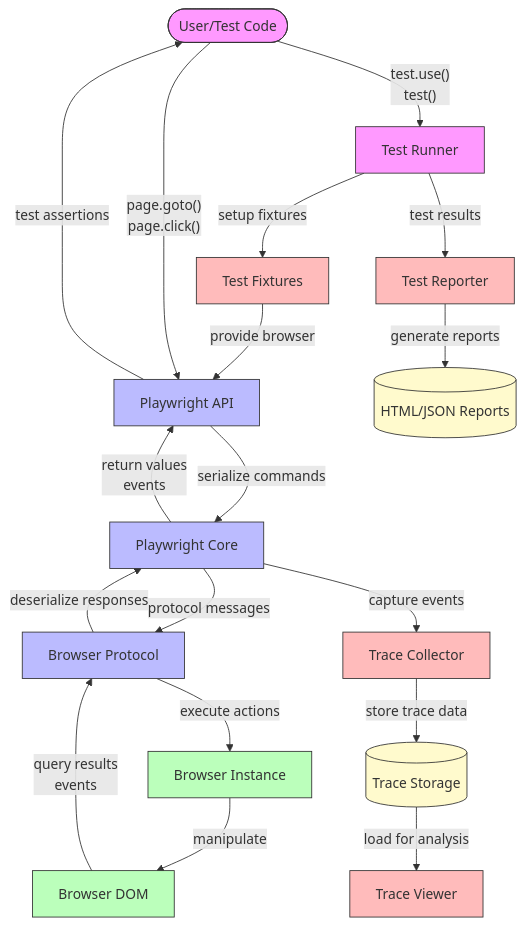
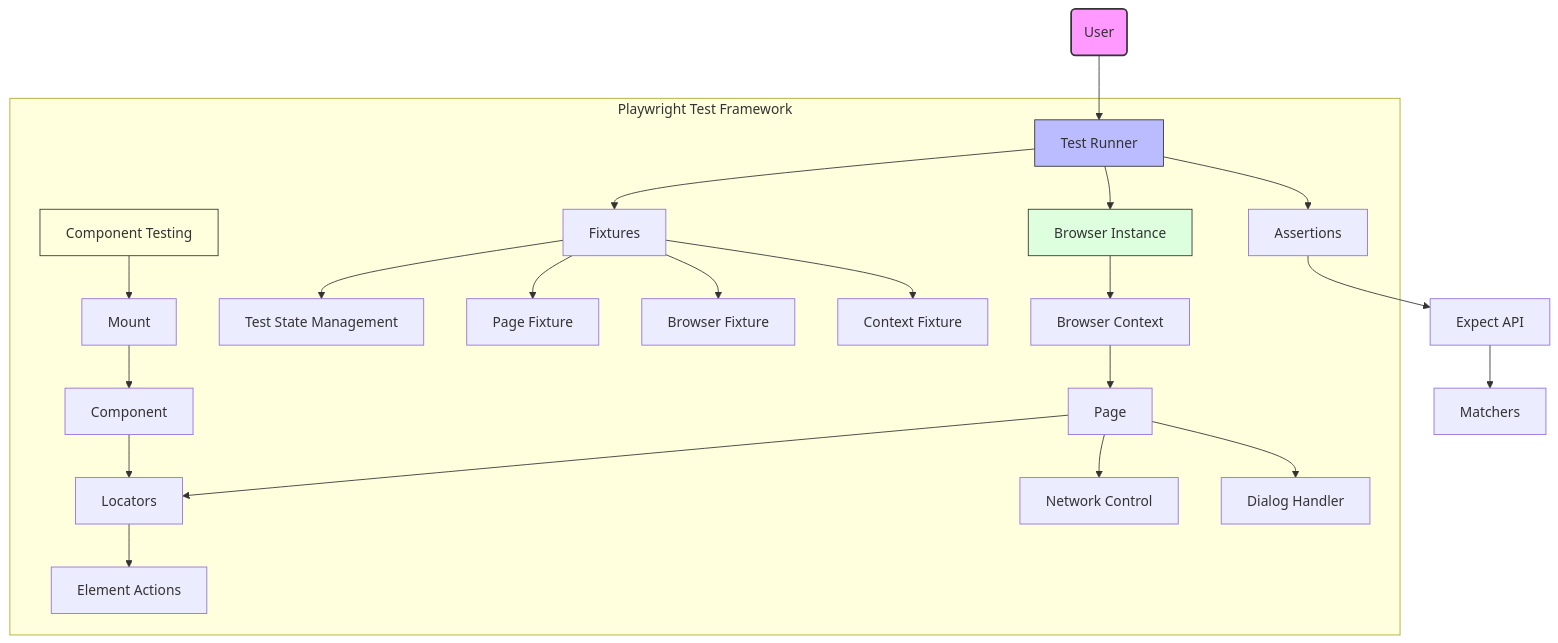
One commit to RightInChrist/playwright-docs changed the first of 3 diagrams in relationships.md. Above: the diagram before and after it, drawn with Mermaid. The commit also changed other lines of this file and 2 other files, not shown here.

Commit message:
Update documentation with enhanced user-focused content

````diff
--- a/relationships.md
+++ b/relationships.md
@@ -98,55 +22,36 @@
 ```mermaid
-flowchart TD
-    %% Main components
-    User([User/Test Code])
-    API[Playwright API]
-    Core[Playwright Core]
-    Protocol[Browser Protocol]
-    Browser[Browser Instance]
-    DOM[Browser DOM]
+graph TD
+    User(User) --> TestRunner
     
-    %% Test components
-    TestRunner[Test Runner]
-    Fixtures[Test Fixtures]
-    Reporter[Test Reporter]
+    subgraph "Playwright Test Framework"
+        TestRunner[Test Runner] --> BrowserInstance
+        TestRunner --> Assertions
+        TestRunner --> Fixtures
+        
+        BrowserInstance[Browser Instance] --> BrowserContext
+        BrowserContext[Browser Context] --> Page
+        
+        Page --> Locators
+        Page --> NetworkControl[Network Control]
+        Page --> DialogHandler[Dialog Handler]
+        
+        Locators --> Actions[Element Actions]
+        
+        Fixtures --> TestState[Test State Management]
+        Fixtures --> PageFixture[Page Fixture]
+        Fixtures --> BrowserFixture[Browser Fixture]
+        Fixtures --> ContextFixture[Context Fixture]
+        
+        ComponentTest[Component Testing] --> Mount
+        Mount --> Component
+        Component --> Locators
+    end
     
-    %% Trace components
-    TraceCollector[Trace Collector]
-    TraceViewer[Trace Viewer]
+    Assertions --> ExpectAPI[Expect API]
+    ExpectAPI --> Matchers[Matchers]
     
-    %% Data flows
-    User -->|"test.use()\ntest()"| TestRunner
-    TestRunner -->|"setup fixtures"| Fixtures
-    Fixtures -->|"provide browser"| API
-    
-    User -->|"page.goto()\npage.click()"| API
-    API -->|"serialize commands"| Core
-    Core -->|"protocol messages"| Protocol
-    Protocol -->|"execute actions"| Browser
-    Browser -->|"manipulate"| DOM
-    
-    Core -->|"capture events"| TraceCollector
-    TraceCollector -->|"store trace data"| TraceStorage[(Trace Storage)]
-    TraceStorage -->|"load for analysis"| TraceViewer
-    
-    DOM -->|"query results\nevents"| Protocol
-    Protocol -->|"deserialize responses"| Core
-    Core -->|"return values\nevents"| API
-    API -->|"test assertions"| User
-    
-    TestRunner -->|"test results"| Reporter
-    Reporter -->|"generate reports"| ReportOutput[(HTML/JSON Reports)]
-    
-    %% Styles
-    classDef userCode fill:#f9f,stroke:#333,stroke-width:1px
-    classDef playwrightCode fill:#bbf,stroke:#333,stroke-width:1px
-    classDef browserSide fill:#bfb,stroke:#333,stroke-width:1px
-    classDef testingTools fill:#fbb,stroke:#333,stroke-width:1px
-    classDef storage fill:#fffacd,stroke:#333,stroke-width:1px
-    
-    class User,TestRunner userCode
-    class API,Core,Protocol playwrightCode
-    class Browser,DOM browserSide
-    class Fixtures,Reporter,TraceCollector,TraceViewer testingTools
-    class TraceStorage,ReportOutput storage
+    style User fill:#f9f,stroke:#333,stroke-width:2px
+    style TestRunner fill:#bbf,stroke:#333,stroke-width:1px
+    style BrowserInstance fill:#dfd,stroke:#333,stroke-width:1px
+    style ComponentTest fill:#ffd,stroke:#333,stroke-width:1px
 ```
````
